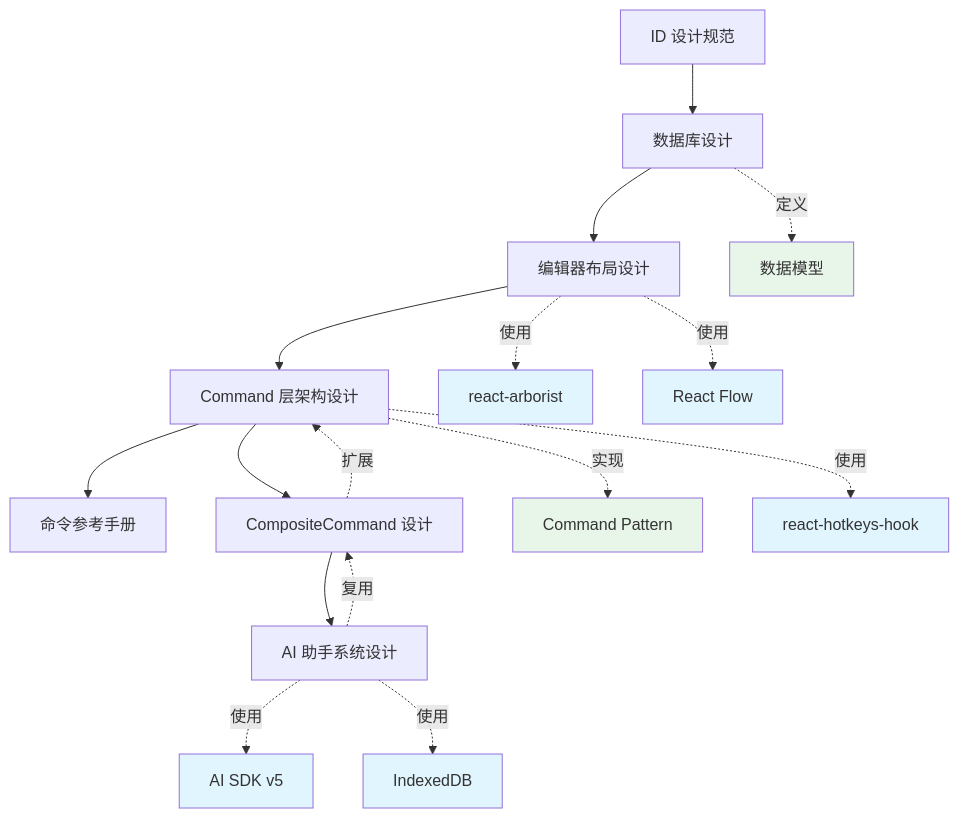
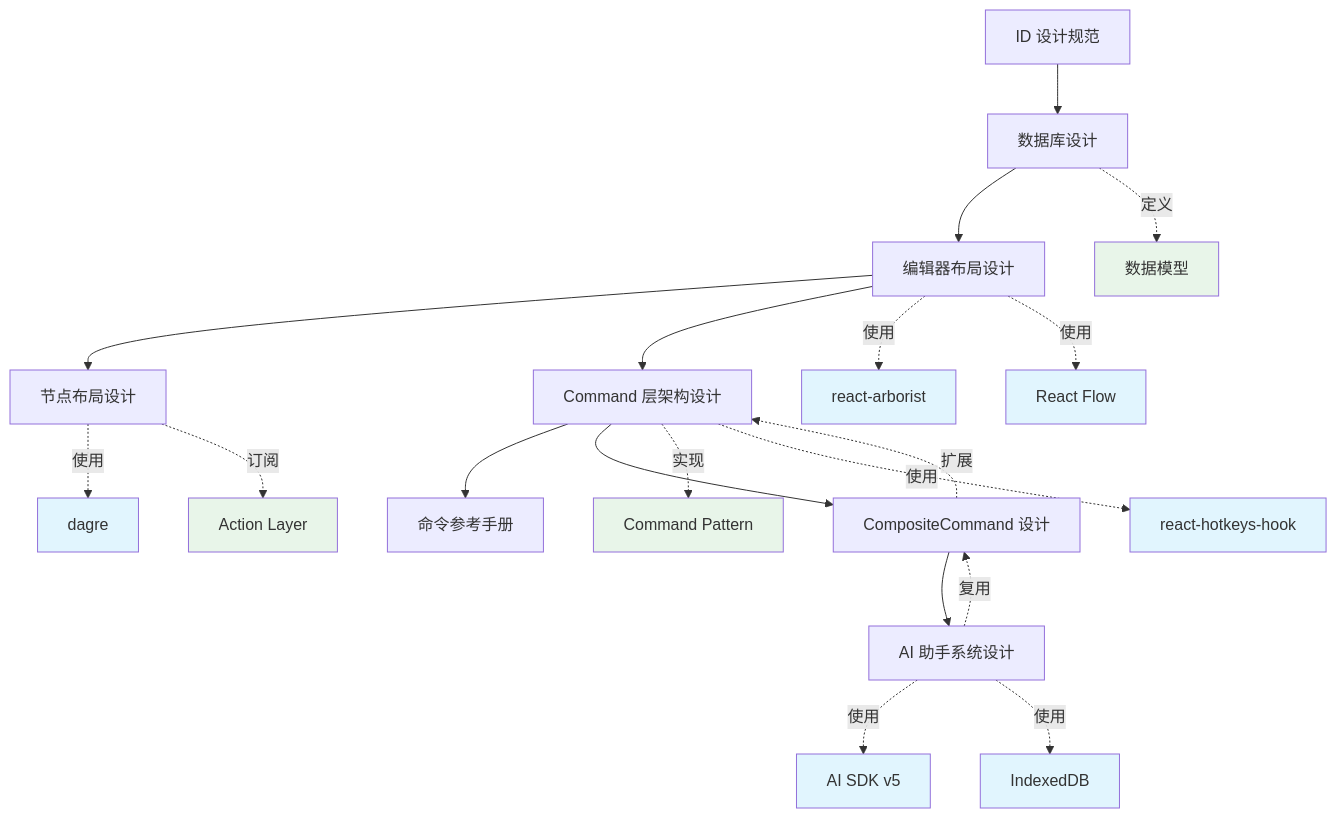
The diagram in docs/design/INDEX.md (colin-han/spider-mind-v2), drawn with Mermaid before and after one commit. The commit also changed other lines of this file and 5 other files, not shown here.

````diff
--- a/docs/design/INDEX.md
+++ b/docs/design/INDEX.md
@@ -81,27 +91,32 @@
 ```mermaid
 graph TD
     A[ID 设计规范] --> B[数据库设计]
     B --> C[编辑器布局设计]
+    C --> O[节点布局设计]
     C --> D[Command 层架构设计]
     D --> E[命令参考手册]
     D --> F[CompositeCommand 设计]
     F --> L[AI 助手系统设计]
 
     B -.->|定义| G[数据模型]
     C -.->|使用| H[react-arborist]
     C -.->|使用| I[React Flow]
+    O -.->|使用| P[dagre]
+    O -.->|订阅| Q[Action Layer]
     D -.->|实现| J[Command Pattern]
     D -.->|使用| K[react-hotkeys-hook]
     F -.->|扩展| D
     L -.->|使用| M[AI SDK v5]
     L -.->|使用| N[IndexedDB]
     L -.->|复用| F
 
     style G fill:#e8f5e9
     style H fill:#e1f5fe
     style I fill:#e1f5fe
     style J fill:#e8f5e9
     style K fill:#e1f5fe
     style M fill:#e1f5fe
     style N fill:#e1f5fe
+    style P fill:#e1f5fe
+    style Q fill:#e8f5e9
 ```
````
